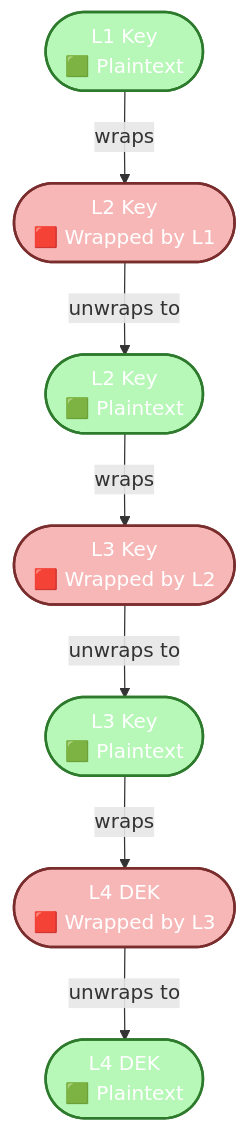
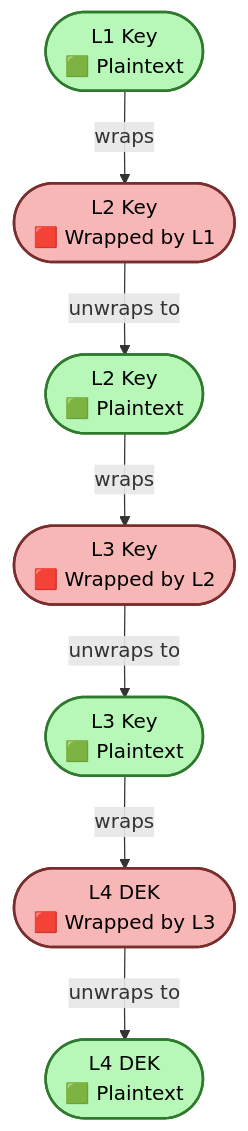
Before and after one commit to openkcm/documentation: the first of 2 diagrams in adr/2025-11-27-keychain.md, drawn with Mermaid.

Commit message:
docs: updated the color to black of classDef in mermaid digram

````diff
--- a/adr/2025-11-27-keychain.md
+++ b/adr/2025-11-27-keychain.md
@@ -156,24 +156,24 @@
 ```mermaid
 flowchart TD
 
     %% Definitions
     L1_plaintext([L1 Key<br/>🟩 Plaintext]):::green
     L2_ciphertext([L2 Key<br/>🟥 Wrapped by L1]):::red
     L2_plaintext([L2 Key<br/>🟩 Plaintext]):::green
     L3_ciphertext([L3 Key<br/>🟥 Wrapped by L2]):::red
     L3_plaintext([L3 Key<br/>🟩 Plaintext]):::green
     L4_plaintext([L4 DEK<br/>🟩 Plaintext]):::green
     L4_ciphertext([L4 DEK<br/>🟥 Wrapped by L3]):::red
 
     %% Flow
     L1_plaintext -->|wraps| L2_ciphertext
     L2_ciphertext -->|unwraps to| L2_plaintext
     L2_plaintext -->|wraps| L3_ciphertext
     L3_ciphertext -->|unwraps to| L3_plaintext
     L3_plaintext -->|wraps| L4_ciphertext
     L4_ciphertext -->|unwraps to| L4_plaintext
 
     %% Styles
-    classDef green fill:#b7f7b7,stroke:#2d7a2d,stroke-width:2px,color:#fff;
-    classDef red fill:#f7b7b7,stroke:#7a2d2d,stroke-width:2px,color:#fff;
+    classDef green fill:#b7f7b7,stroke:#2d7a2d,stroke-width:2px,color:#000;
+    classDef red fill:#f7b7b7,stroke:#7a2d2d,stroke-width:2px,color:#000;
 ```
````
